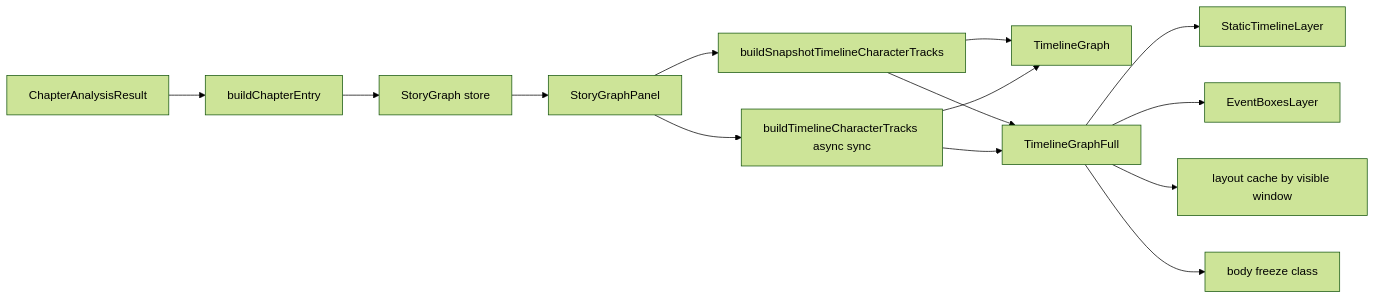
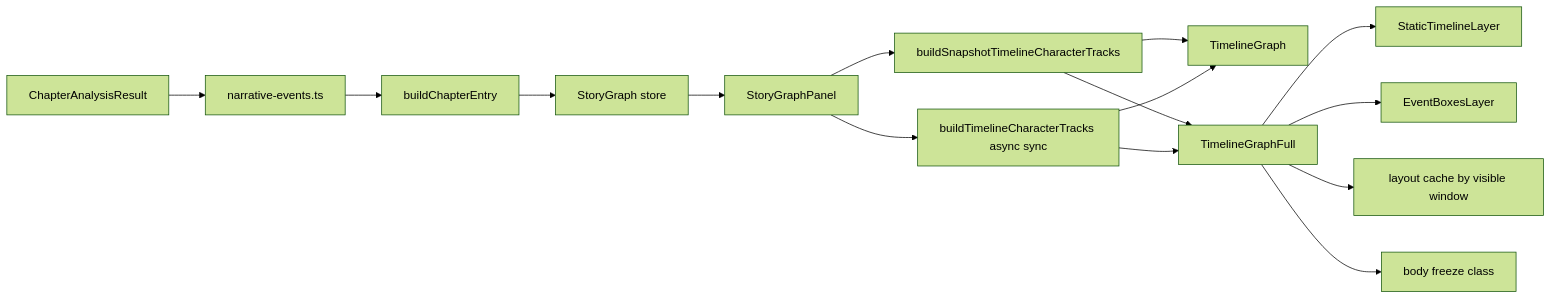
Before and after one commit to Piyakorn2112/LATENT-WRITE: the sixth of 10 diagrams in README.md, drawn with Mermaid (forest theme). The commit also changed other lines of this file and 19 other files, not shown here.

````diff
--- a/README.md
+++ b/README.md
@@ -297,17 +325,18 @@
 ```mermaid
 flowchart LR
-    A[ChapterAnalysisResult] --> B[buildChapterEntry]
+    A[ChapterAnalysisResult] --> A2[narrative-events.ts]
+    A2 --> B[buildChapterEntry]
     B --> C[StoryGraph store]
     C --> D[StoryGraphPanel]
     D --> E[buildSnapshotTimelineCharacterTracks]
     D --> F[buildTimelineCharacterTracks async sync]
     E --> G[TimelineGraph]
     F --> G
     E --> H[TimelineGraphFull]
     F --> H
 
     H --> I[StaticTimelineLayer]
     H --> J[EventBoxesLayer]
     H --> K[layout cache by visible window]
     H --> L[body freeze class]
 ```
````
